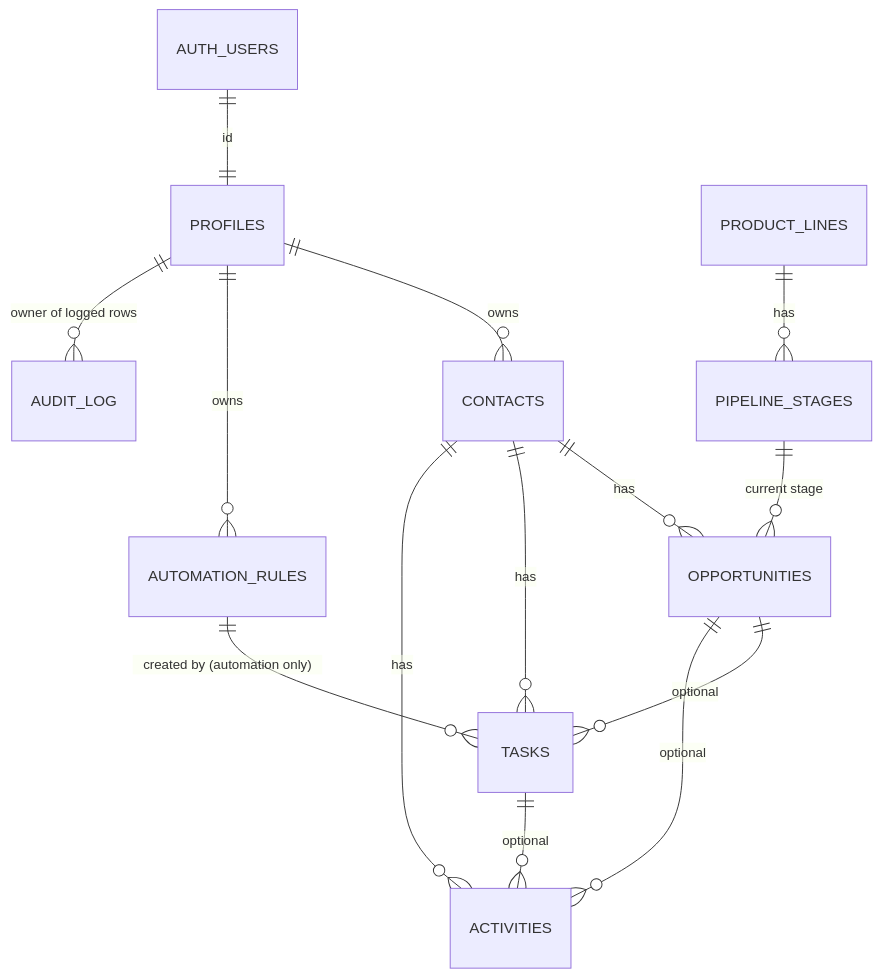
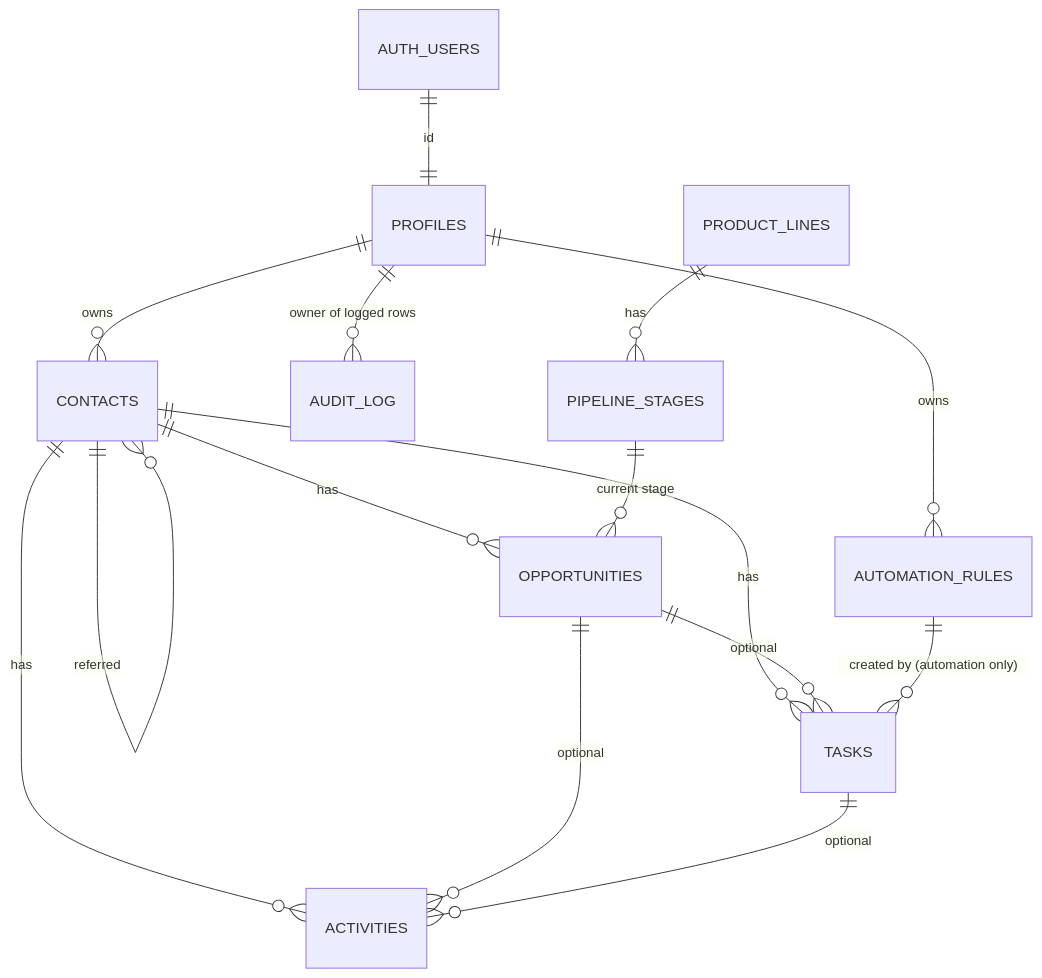
The diagram in docs/data-model.md (thebassagencyga-ai/bass-agency-crm), drawn with Mermaid before and after one commit. The commit also changed other lines of this file and 11 other files, not shown here.

````diff
--- a/docs/data-model.md
+++ b/docs/data-model.md
@@ -8,16 +8,17 @@
 ```mermaid
 erDiagram
     AUTH_USERS ||--|| PROFILES : "id"
     PROFILES ||--o{ CONTACTS : owns
     PROFILES ||--o{ AUTOMATION_RULES : owns
     PROFILES ||--o{ AUDIT_LOG : "owner of logged rows"
     PRODUCT_LINES ||--o{ PIPELINE_STAGES : has
     CONTACTS ||--o{ OPPORTUNITIES : has
     CONTACTS ||--o{ TASKS : has
     CONTACTS ||--o{ ACTIVITIES : has
     PIPELINE_STAGES ||--o{ OPPORTUNITIES : "current stage"
     OPPORTUNITIES ||--o{ TASKS : "optional"
     OPPORTUNITIES ||--o{ ACTIVITIES : "optional"
     AUTOMATION_RULES ||--o{ TASKS : "created by (automation only)"
     TASKS ||--o{ ACTIVITIES : "optional"
+    CONTACTS ||--o{ CONTACTS : "referred"
 ```
````
